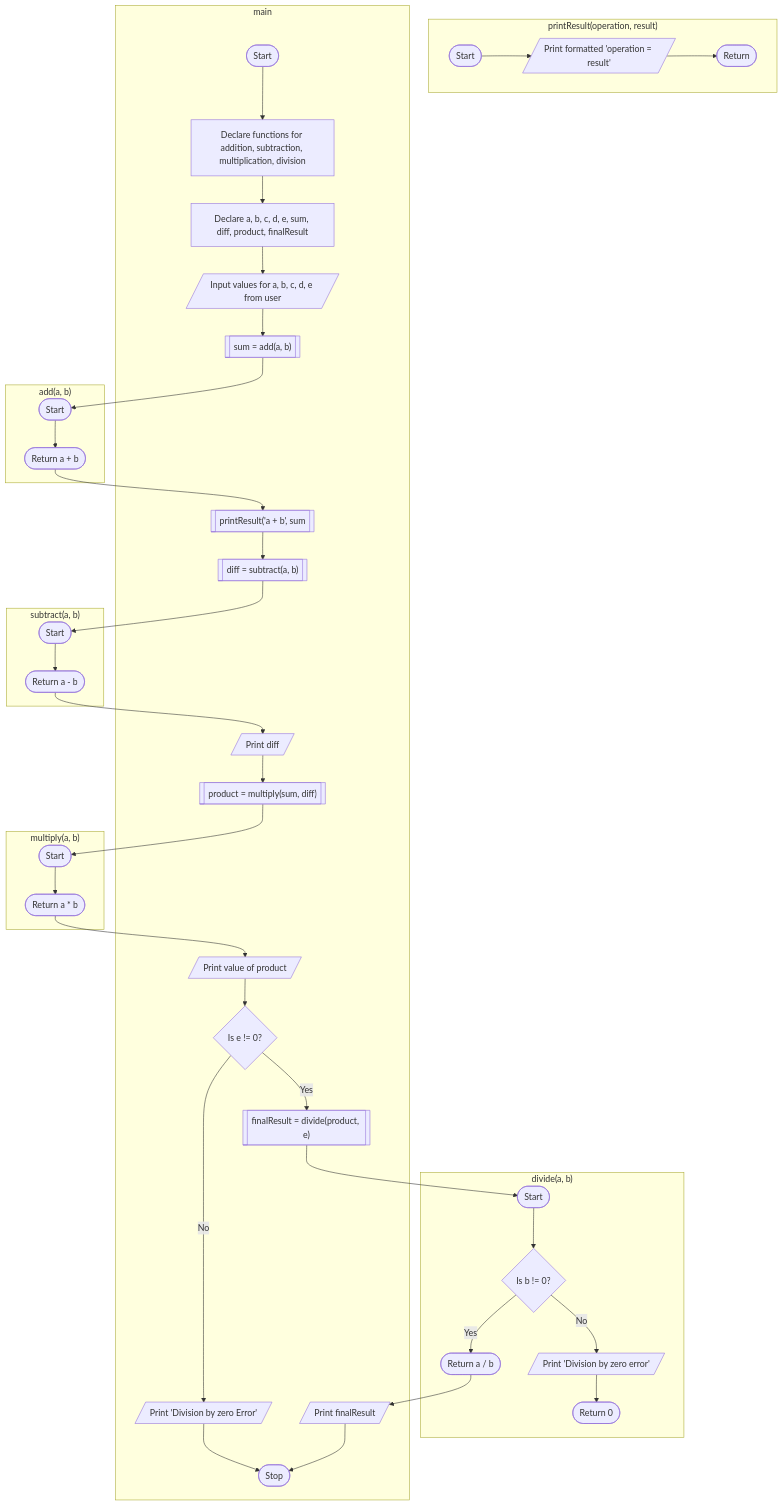
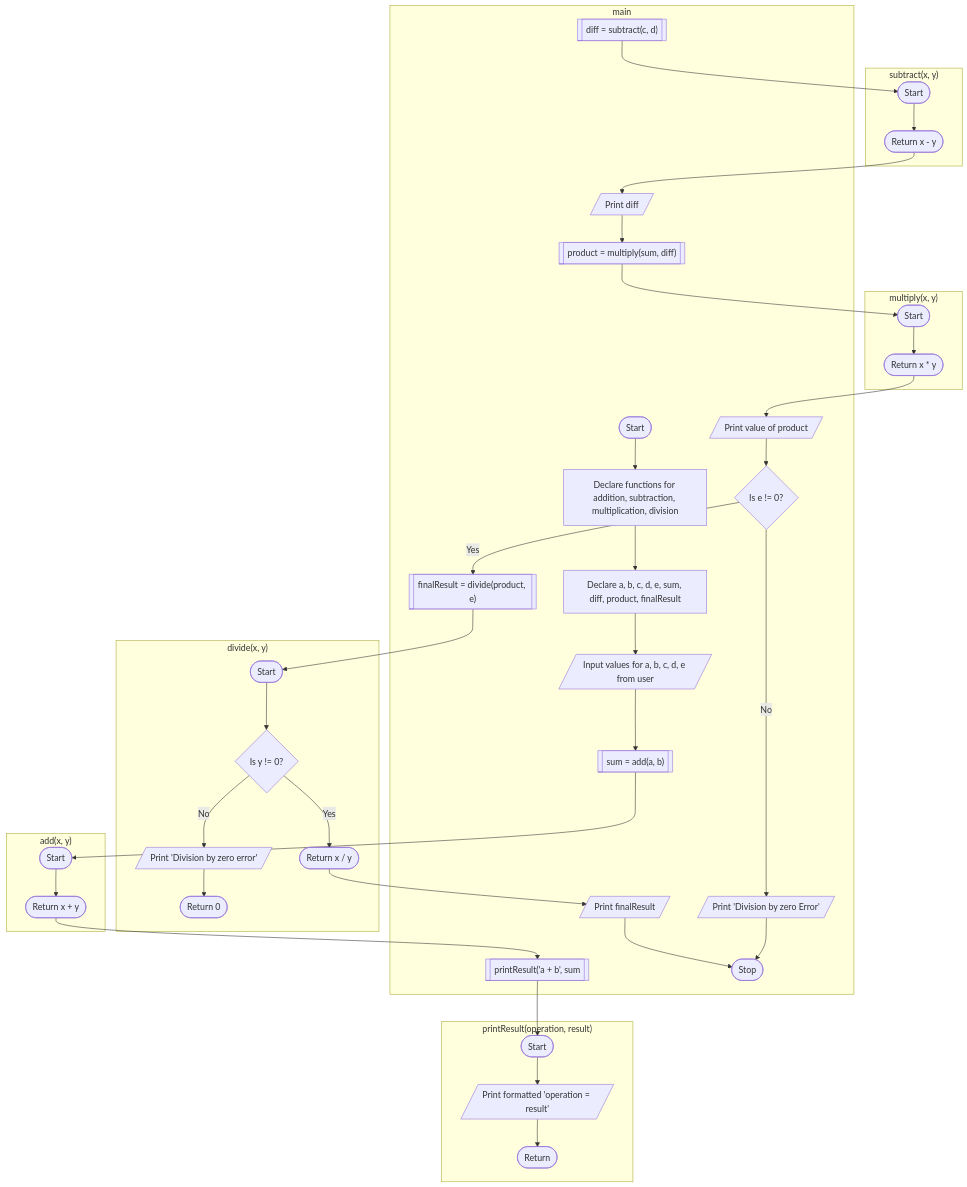
The diagram in PR/P7 - Functions.md (Vinit-source/Programming-for-problem-solving), drawn with Mermaid before and after one commit. The commit also changed other lines of this file, not shown here.

Commit message:
PR/P7 - Functions.md updated from https://stackedit.io/

````diff
--- a/PR/P7 - Functions.md
+++ b/PR/P7 - Functions.md
@@ -20,56 +20,56 @@
 ```mermaid
 graph TD;
 
-subgraph "add(a, b)" 
+subgraph "add(x, y)" 
 	addStart([Start]);
-	B1([Return a + b]);
+	B1([Return x + y]);
 	addStart --> B1;
 end
-subgraph "subtract(a, b)"
+subgraph "subtract(x, y)"
 	subStart([Start]);
-	B2([Return a - b]);
+	B2([Return x - y]);
 	subStart --> B2;
 end
-subgraph "multiply(a, b)"
+subgraph "multiply(x, y)"
 	mulStart([Start]);
-	B3([Return a * b]);
+	B3([Return x * y]);
 	mulStart --> B3;
 end
-subgraph "divide(a, b)"
+subgraph "divide(x, y)"
 	divStart([Start]);
-	J{Is b != 0?};
-    J -- Yes --> K([Return a / b]);
+	J{Is y != 0?};
+    J -- Yes --> K([Return x / y]);
     J -- No --> M[/Print 'Division by zero error'/];
     divStart --> J;
     M --> MR([Return 0]);
 end
 subgraph "printResult(operation, result)"
 	printStart([Start]);
 	P[/Print formatted 'operation = result'/];
 	R([Return]);
 	printStart --> P;
 	P --> R;
 end
 subgraph main
     A([Start]) --> B[Declare functions for addition, subtraction, multiplication, division];
     B --> BB[Declare a, b, c, d, e, sum, diff, product, finalResult];
     BB --> C[/Input values for a, b, c, d, e from user/];
 	C --> CB[["sum = add(a, b)"]];
 	CB --> addStart;
 	B1 --> E 
     E[["printResult('a + b', sum"]];
-    E --> F[["diff = subtract(a, b)"]];
+    E --> printStart;F[["diff = subtract(c, d)"]];
     F --> subStart;
     B2 --> G[/Print diff/];
     G --> H[["product = multiply(sum, diff)"]];
     H --> mulStart;
     B3 --> I[/Print value of product/];
     I --> DB0{Is e != 0?};
     DB0 -- Yes --> I1[["finalResult = divide(product, e)"]];
     I1 --> divStart;
     K --> L[/Print finalResult/];
     L --> N([Stop]);
     DB0 -- No --> N0[/"Print 'Division by zero Error'"/];
     N0 --> N
    end
 ```
````
